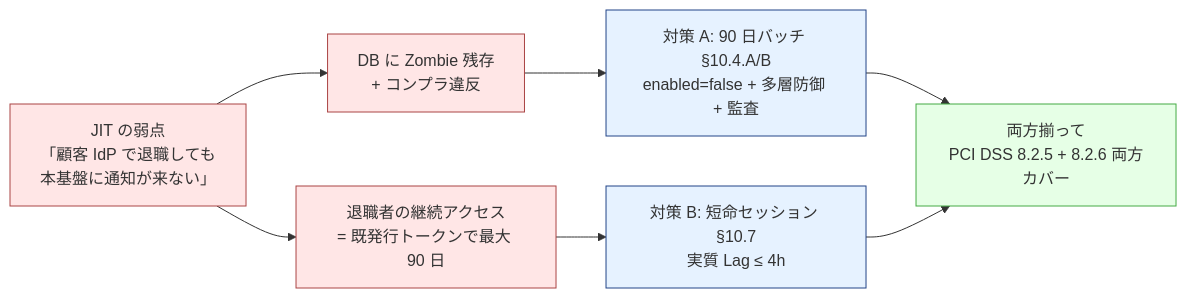
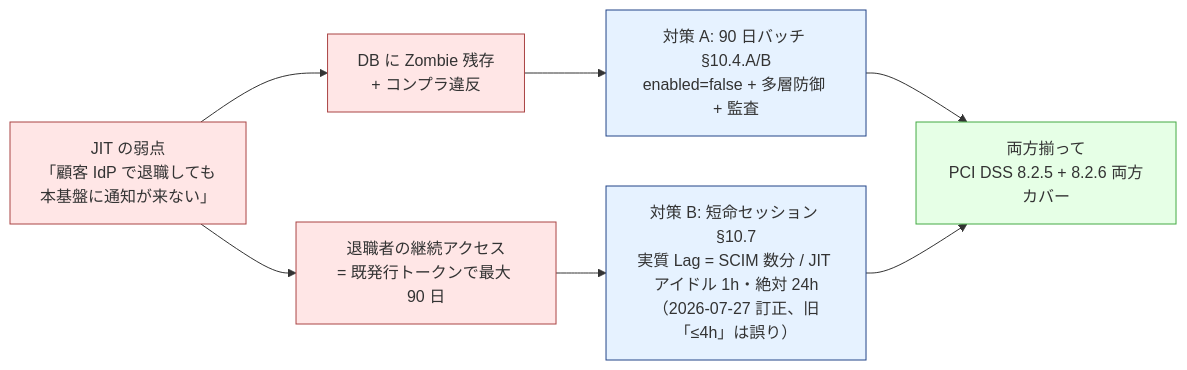
Before and after one commit to suepie/aws-atuh-poc: diagram 26 of 34 in doc/common/jit-scim-coexistence-keycloak.md, drawn with Mermaid. The commit also changed other lines of this file and 22 other files, not shown here.

````diff
--- a/doc/common/jit-scim-coexistence-keycloak.md
+++ b/doc/common/jit-scim-coexistence-keycloak.md
@@ -2715,17 +2715,17 @@
 ```mermaid
 flowchart LR
     Problem[JIT の弱点<br/>「顧客 IdP で退職しても<br/>本基盤に通知が来ない」]
     Problem --> ProbA[退職者の継続アクセス<br/>= 既発行トークンで最大 90 日]
     Problem --> ProbB[DB に Zombie 残存<br/>+ コンプラ違反]
-    ProbA --> CtrlB[対策 B: 短命セッション §10.7<br/>実質 Lag ≤ 4h]
+    ProbA --> CtrlB[対策 B: 短命セッション §10.7<br/>実質 Lag = SCIM 数分 / JIT アイドル 1h・絶対 24h<br/>（2026-07-27 訂正、旧「≤4h」は誤り）]
     ProbB --> CtrlA[対策 A: 90 日バッチ §10.4.A/B<br/>enabled=false + 多層防御 + 監査]
     CtrlA --> Cover[両方揃って<br/>PCI DSS 8.2.5 + 8.2.6 両方カバー]
     CtrlB --> Cover
 
     classDef problem fill:#ffe6e6,stroke:#a44
     classDef control fill:#e6f2ff,stroke:#248
     classDef result fill:#e6ffe6,stroke:#4a4
     class Problem,ProbA,ProbB problem
     class CtrlA,CtrlB control
     class Cover result
 ```
````
